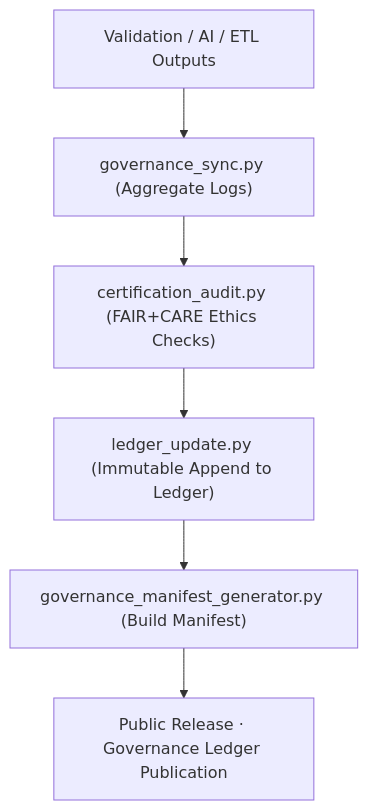
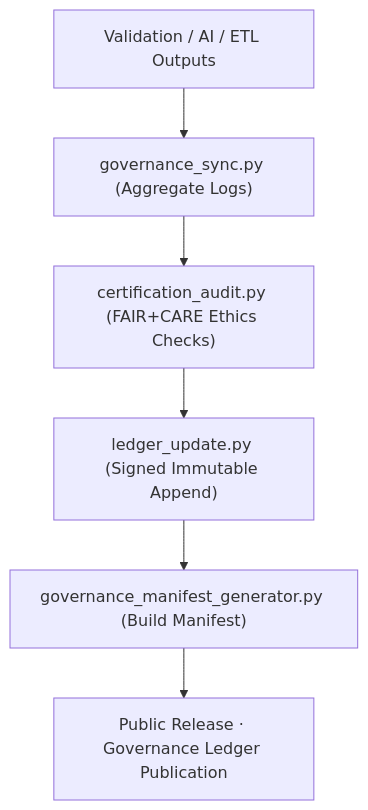
Before and after one commit to bartytime4life/Kansas-Frontier-Matrix: the diagram in tools/governance/README.md, drawn with Mermaid. The commit also changed other lines of this file, not shown here.

````diff
--- a/tools/governance/README.md
+++ b/tools/governance/README.md
@@ -60,8 +66,8 @@
 ```mermaid
 flowchart TD
     A["Validation / AI / ETL Outputs"] --> B["governance_sync.py (Aggregate Logs)"]
     B --> C["certification_audit.py (FAIR+CARE Ethics Checks)"]
-    C --> D["ledger_update.py (Immutable Append to Ledger)"]
+    C --> D["ledger_update.py (Signed Immutable Append)"]
     D --> E["governance_manifest_generator.py (Build Manifest)"]
     E --> F["Public Release · Governance Ledger Publication"]
 ```
````
